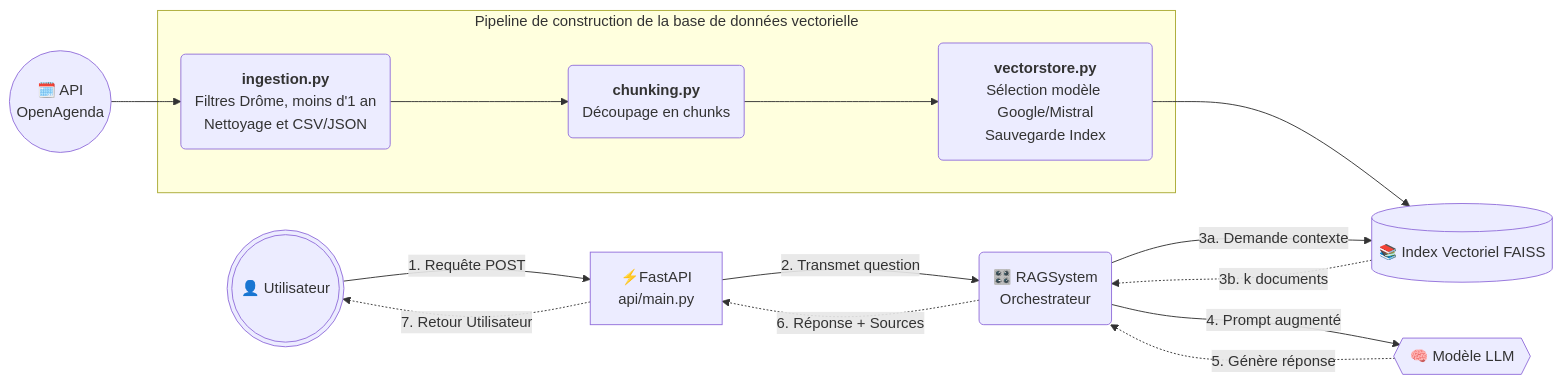
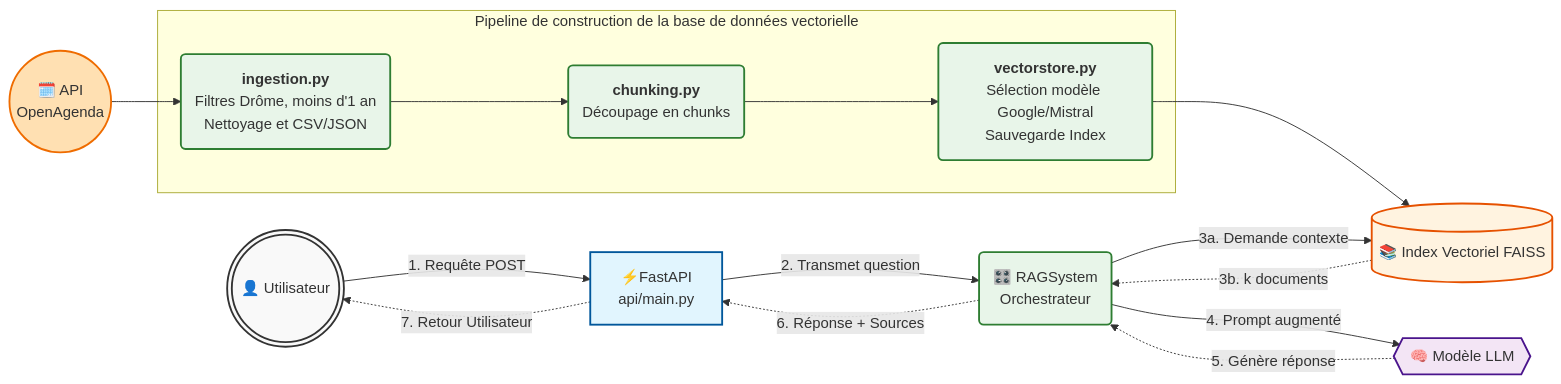
One commit to Jojo4911/puls-events changed the diagram in README.md. Above: the diagram before and after it, drawn with Mermaid. The commit also changed 6 other files, not shown here.

````diff
--- a/README.md
+++ b/README.md
@@ -18,37 +18,48 @@
 ```mermaid
 flowchart LR
     %% Composants de base
     User(((👤 Utilisateur)))
     API[⚡FastAPI<br>api/main.py]
     RAG(🎛️ RAGSystem<br>Orchestrateur)
     LLM{{🧠 Modèle LLM}}
     FAISS[(📚 Index Vectoriel FAISS)]
     OpenAgenda((🗓️ API<br>OpenAgenda))
 
     %% Pipeline d'Ingestion
     subgraph DataIngestion [Pipeline de construction de la base de données vectorielle]
         Ingestion(<b>ingestion.py</b><br>Filtres Drôme, moins d'1 an<br>Nettoyage et CSV/JSON)
         Chunking(<b>chunking.py</b><br>Découpage en chunks)
         Vectorstore(<b>vectorstore.py</b><br>Sélection modèle Google/Mistral<br>Sauvegarde Index)
     end
 
     %% 1. FLUX D'INGESTION (Préparation en amont)
     OpenAgenda --> Ingestion
     Ingestion --> Chunking
     Chunking --> Vectorstore
     Vectorstore --> FAISS
 
     %% 2. FLUX UTILISATEUR (Inférence temps réel)
     User -->|1. Requête POST| API
     API -->|2. Transmet question| RAG
     RAG -->|3a. Demande contexte| FAISS
     FAISS -.->|3b. k documents| RAG
     RAG -->|4. Prompt augmenté| LLM
     LLM -.->|5. Génère réponse| RAG
     RAG -.->|6. Réponse + Sources| API
     API -.->|7. Retour Utilisateur| User
 
     %% Styles pour l'esthétique
     classDef user fill:#f9f9f9,stroke:#333,stroke-width:2px;
-    classDef api fill:#e1f5fe,stroke
+    classDef api fill:#e1f5fe,stroke:#01579b,stroke-width:2px;
+    classDef core fill:#e8f5e9,stroke:#2e7d32,stroke-width:2px;
+    classDef db fill:#fff3e0,stroke:#e65100,stroke-width:2px;
+    classDef llm fill:#f3e5f5,stroke:#4a148c,stroke-width:2px;
+    classDef external fill:#ffe0b2,stroke:#ef6c00,stroke-width:2px;
+
+    class User user;
+    class API api;
+    class RAG,Ingestion,Chunking,Vectorstore core;
+    class FAISS db;
+    class LLM llm;
+    class OpenAgenda external;
 ```
````
